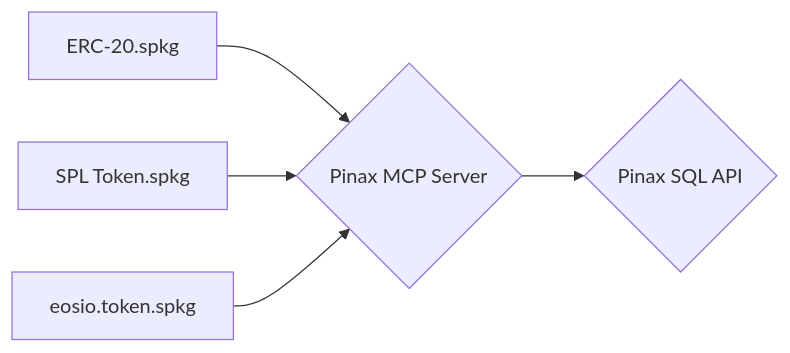
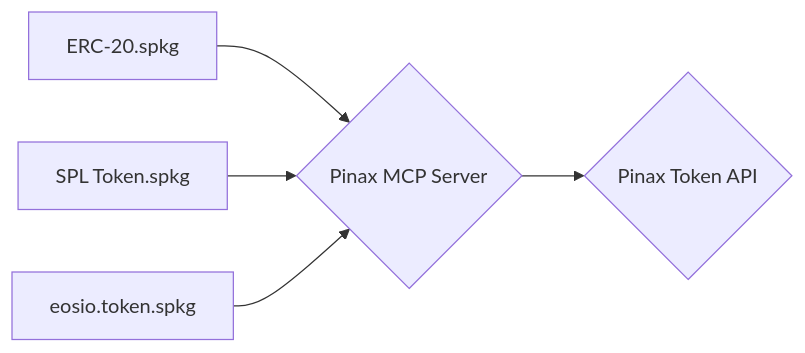
Before and after one commit to pinax-network/token-api: the diagram in README.md, drawn with Mermaid. The commit also changed other lines of this file and 3 other files, not shown here.

Commit message:
Rename `SQL` to `Token` API

````diff
--- a/README.md
+++ b/README.md
@@ -9,7 +9,7 @@
 ```mermaid
 flowchart LR
   S1[ERC-20.spkg] --> Server
   S2[SPL Token.spkg] --> Server
   S3[eosio.token.spkg] --> Server
-  Server{Pinax MCP Server} --> API{Pinax SQL API}
+  Server{Pinax MCP Server} --> API{Pinax Token API}
 ```
````
